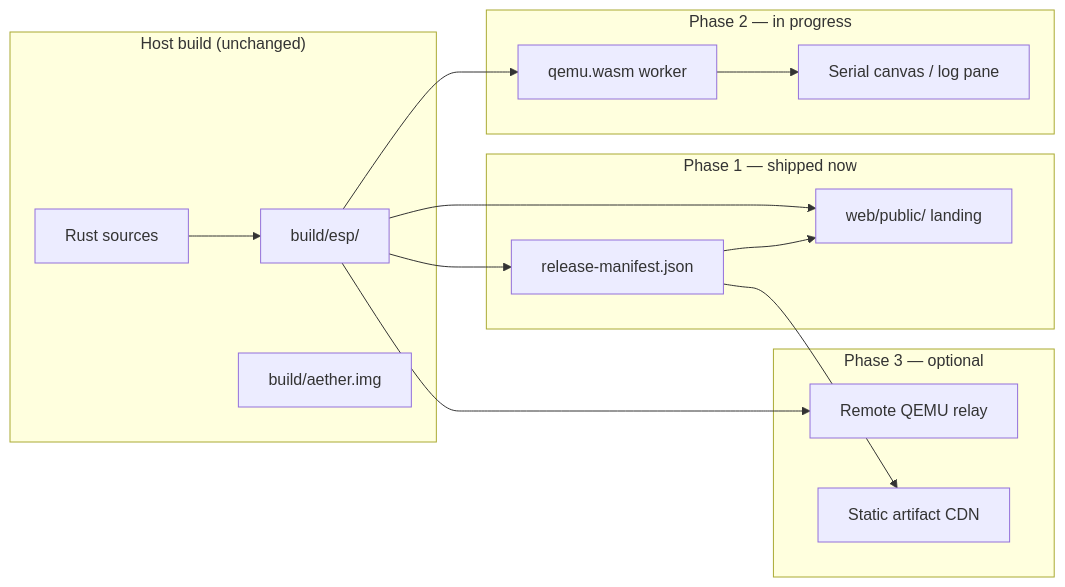
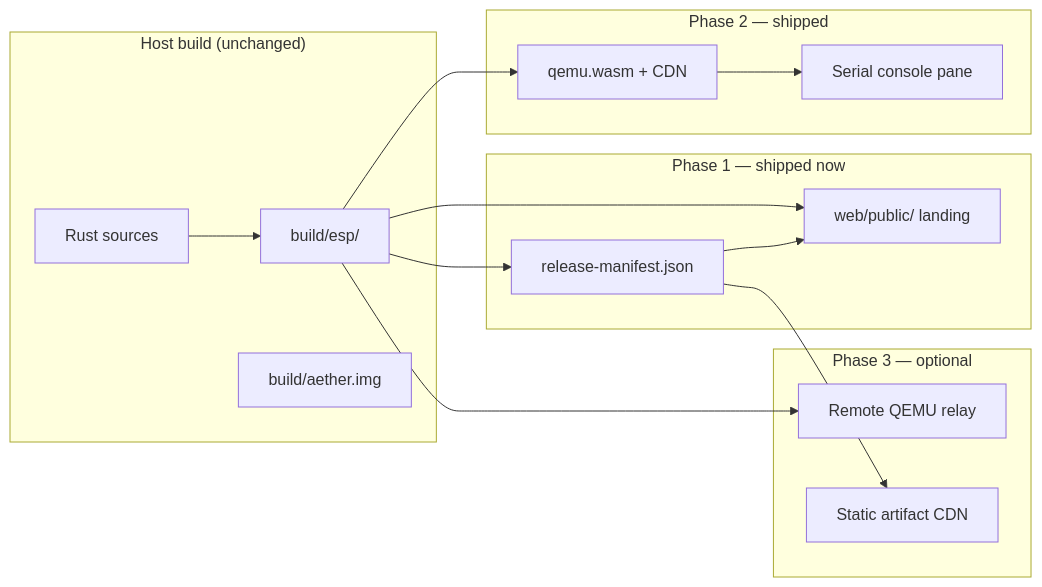
The diagram in docs/adr/ADR-0010-browser-vm-architecture.md (D1bakar/ather-os), drawn with Mermaid before and after one commit. The commit also changed other lines of this file and 19 other files, not shown here.

First line of the commit message:
feat(web): live in-browser UEFI boot via qemu.wasm

````diff
--- a/docs/adr/ADR-0010-browser-vm-architecture.md
+++ b/docs/adr/ADR-0010-browser-vm-architecture.md
@@ -36,32 +36,32 @@
 ```mermaid
 graph LR
     subgraph build["Host build (unchanged)"]
         RS[Rust sources]
         ESP[build/esp/]
         IMG[build/aether.img]
     end
 
     subgraph phase1["Phase 1 — shipped now"]
         MAN[release-manifest.json]
         WEB[web/public/ landing]
     end
 
-    subgraph phase2["Phase 2 — in progress"]
-        QW[qemu.wasm worker]
-        SER[Serial canvas / log pane]
+    subgraph phase2["Phase 2 — shipped"]
+        QW[qemu.wasm + CDN]
+        SER[Serial console pane]
     end
 
     subgraph phase3["Phase 3 — optional"]
         RQ[Remote QEMU relay]
         CDN[Static artifact CDN]
     end
 
     RS --> ESP
     ESP --> MAN
     ESP --> WEB
     MAN --> WEB
     ESP --> QW
     QW --> SER
     ESP --> RQ
     MAN --> CDN
 ```
````
